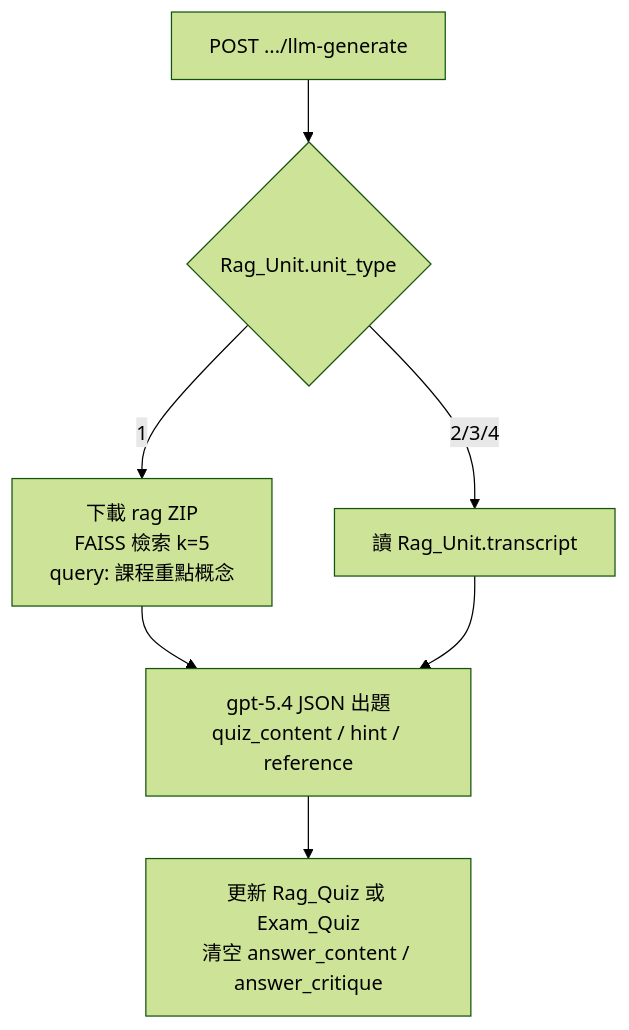
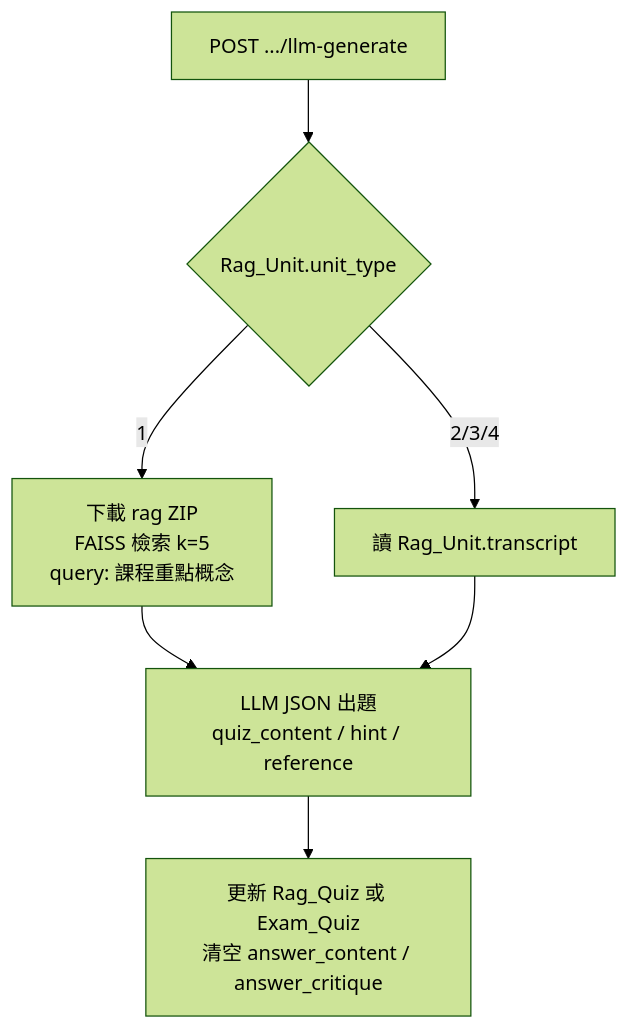
One commit to kevin7261/MyQuiz-ai-backend changed the fifth of 6 diagrams in README.md. Above: the diagram before and after it, drawn with Mermaid (forest theme). The commit also changed other lines of this file and 4 other files, not shown here.

````diff
--- a/README.md
+++ b/README.md
@@ -364,9 +429,9 @@
 ```mermaid
 flowchart TD
     REQ["POST .../llm-generate"] --> UT{"Rag_Unit.unit_type"}
     UT -->|1| FAISS["下載 rag ZIP<br/>FAISS 檢索 k=5<br/>query: 課程重點概念"]
     UT -->|2/3/4| TR["讀 Rag_Unit.transcript"]
-    FAISS --> LLM["gpt-5.4 JSON 出題<br/>quiz_content / hint / reference"]
+    FAISS --> LLM["LLM JSON 出題<br/>quiz_content / hint / reference"]
     TR --> LLM
     LLM --> DB["更新 Rag_Quiz 或 Exam_Quiz<br/>清空 answer_content / answer_critique"]
 ```
````
